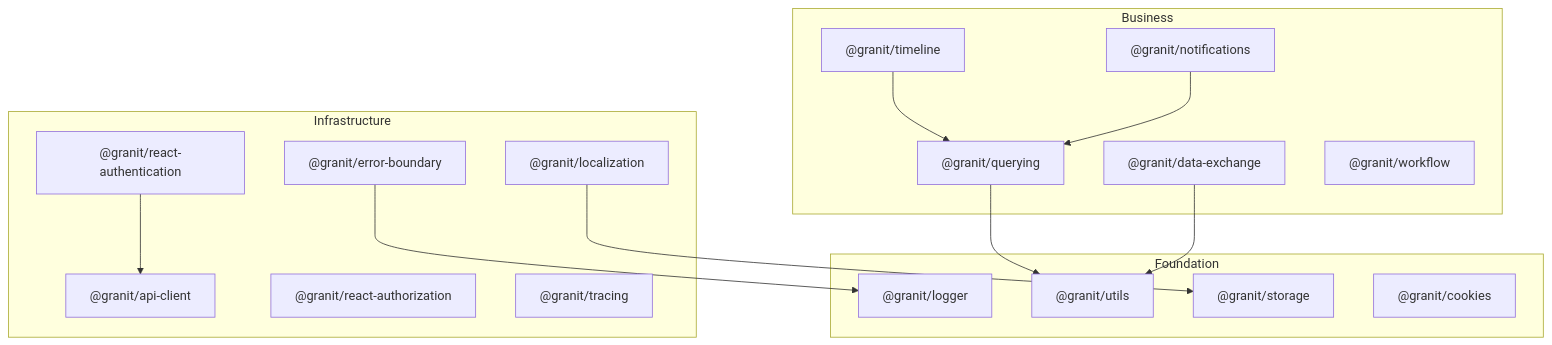
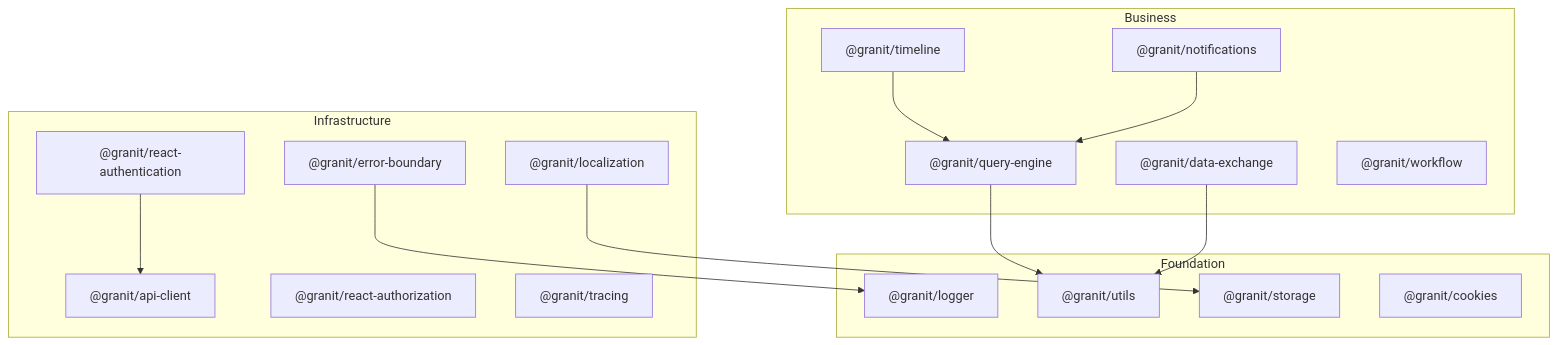
The diagram in docs-site/src/content/docs/frontend/index.mdx (enraiz/granit-dotnet), drawn with Mermaid before and after one commit. The commit also changed other lines of this file and 801 other files, not shown here.

````diff
--- a/docs-site/src/content/docs/frontend/index.mdx
+++ b/docs-site/src/content/docs/frontend/index.mdx
@@ -22,34 +22,34 @@
 ```mermaid
 graph TD
     subgraph "Foundation"
         logger["@granit/logger"]
         utils["@granit/utils"]
         storage["@granit/storage"]
         cookies["@granit/cookies"]
     end
 
     subgraph "Infrastructure"
         api["@granit/api-client"]
         authn["@granit/react-authentication"]
         authz["@granit/react-authorization"]
         localization["@granit/localization"]
         tracing["@granit/tracing"]
         errorBoundary["@granit/error-boundary"]
     end
 
     subgraph "Business"
-        querying["@granit/querying"]
+        queryEngine["@granit/query-engine"]
         dataExchange["@granit/data-exchange"]
         workflow["@granit/workflow"]
         timeline["@granit/timeline"]
         notifications["@granit/notifications"]
     end
 
     authn --> api
     localization --> storage
     errorBoundary --> logger
-    querying --> utils
+    queryEngine --> utils
     dataExchange --> utils
-    timeline --> querying
-    notifications --> querying
+    timeline --> queryEngine
+    notifications --> queryEngine
 ```
````
